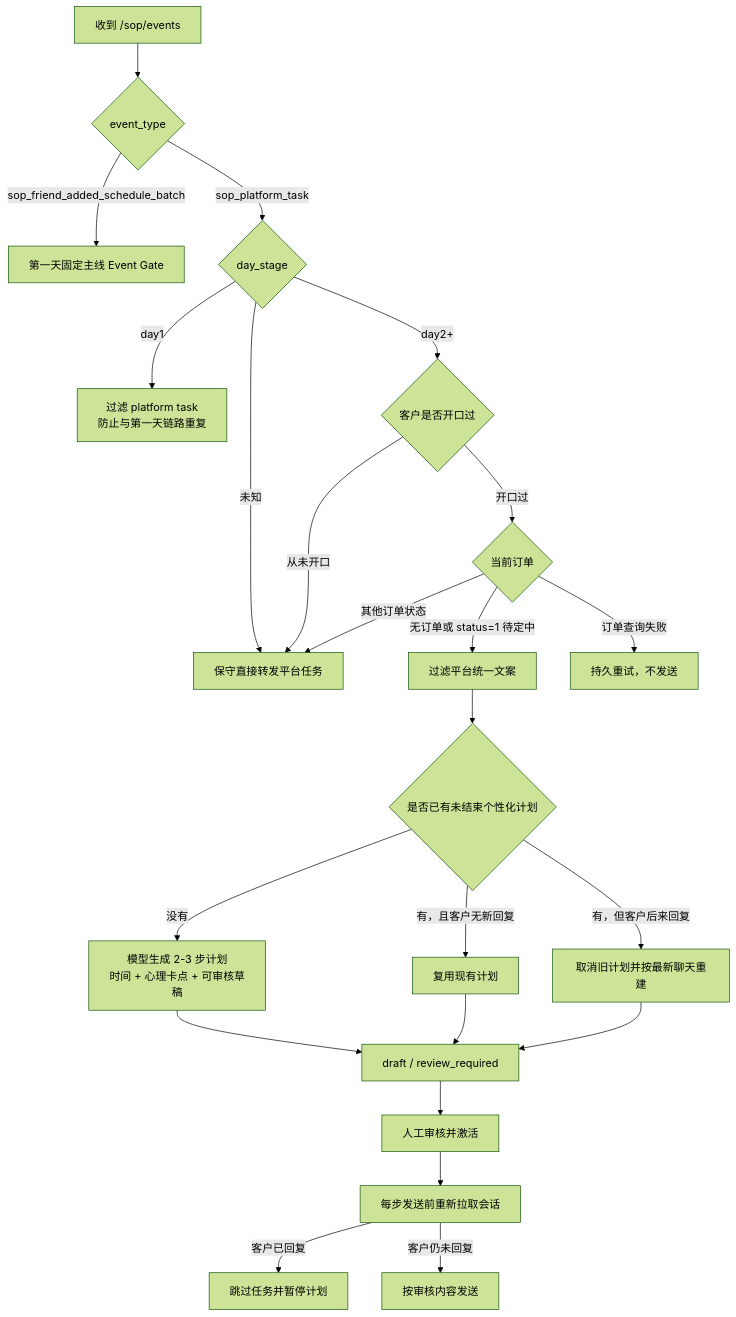
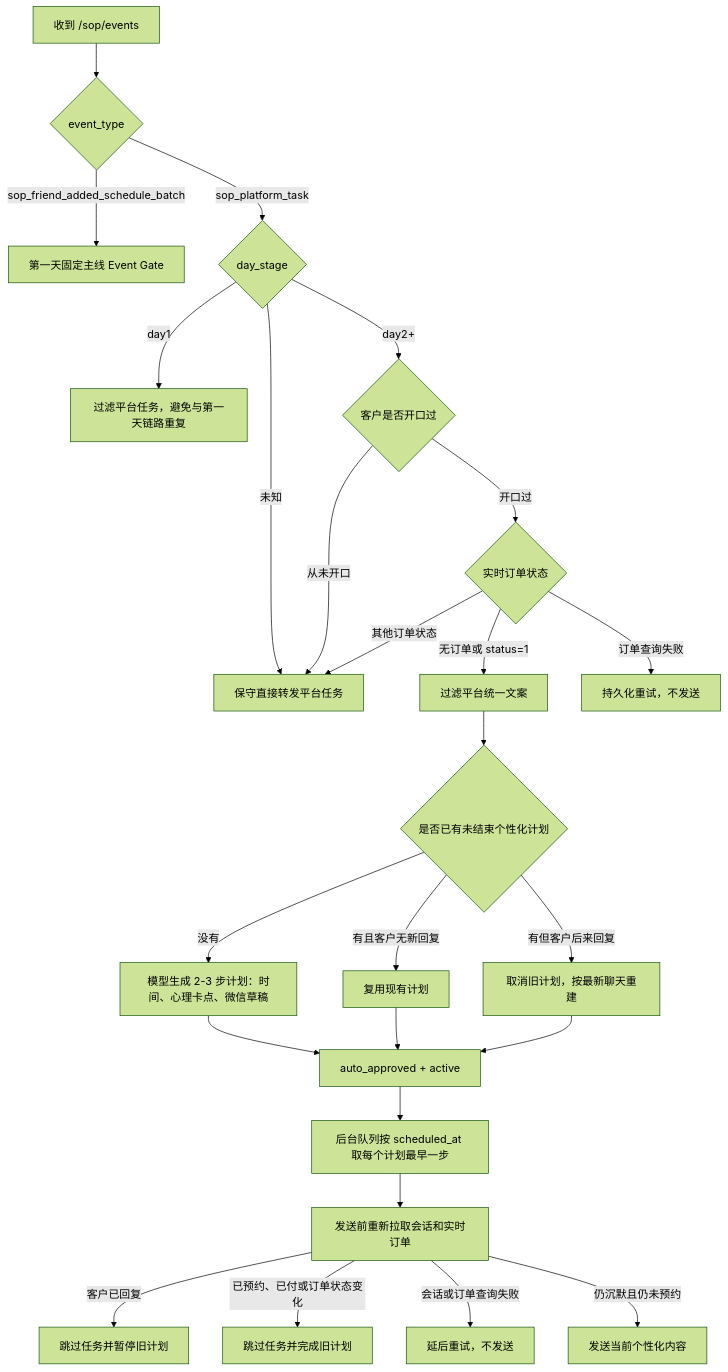
One commit to loxucongue/wework_ai_customer-service changed the diagram in docs/sop_day2_personalized_outreach.md. Above: the diagram before and after it, drawn with Mermaid (forest theme). The commit also changed other lines of this file and 9 other files, not shown here.

````diff
--- a/docs/sop_day2_personalized_outreach.md
+++ b/docs/sop_day2_personalized_outreach.md
@@ -11,25 +16,27 @@
 ```mermaid
 flowchart TD
     A["收到 /sop/events"] --> B{"event_type"}
     B -->|"sop_friend_added_schedule_batch"| C["第一天固定主线 Event Gate"]
     B -->|"sop_platform_task"| D{"day_stage"}
-    D -->|"day1"| E["过滤 platform task\n防止与第一天链路重复"]
+    D -->|"day1"| E["过滤平台任务，避免与第一天链路重复"]
     D -->|"day2+"| F{"客户是否开口过"}
     D -->|"未知"| G["保守直接转发平台任务"]
     F -->|"从未开口"| G
-    F -->|"开口过"| H{"当前订单"}
-    H -->|"无订单或 status=1 待定中"| I["过滤平台统一文案"]
+    F -->|"开口过"| H{"实时订单状态"}
+    H -->|"无订单或 status=1"| I["过滤平台统一文案"]
     H -->|"其他订单状态"| G
-    H -->|"订单查询失败"| J["持久重试，不发送"]
+    H -->|"订单查询失败"| J["持久化重试，不发送"]
     I --> K{"是否已有未结束个性化计划"}
-    K -->|"没有"| L["模型生成 2-3 步计划\n时间 + 心理卡点 + 可审核草稿"]
-    K -->|"有，且客户无新回复"| M["复用现有计划"]
-    K -->|"有，但客户后来回复"| N["取消旧计划并按最新聊天重建"]
-    L --> O["draft / review_required"]
+    K -->|"没有"| L["模型生成 2-3 步计划：时间、心理卡点、微信草稿"]
+    K -->|"有且客户无新回复"| M["复用现有计划"]
+    K -->|"有但客户后来回复"| N["取消旧计划，按最新聊天重建"]
+    L --> O["auto_approved + active"]
     M --> O
     N --> O
-    O --> P["人工审核并激活"]
-    P --> Q["每步发送前重新拉取会话"]
-    Q -->|"客户已回复"| R["跳过任务并暂停计划"]
-    Q -->|"客户仍未回复"| S["按审核内容发送"]
+    O --> P["后台队列按 scheduled_at 取每个计划最早一步"]
+    P --> Q["发送前重新拉取会话和实时订单"]
+    Q -->|"客户已回复"| R["跳过任务并暂停旧计划"]
+    Q -->|"已预约、已付或订单状态变化"| S["跳过任务并完成旧计划"]
+    Q -->|"会话或订单查询失败"| T["延后重试，不发送"]
+    Q -->|"仍沉默且仍未预约"| U["发送当前个性化内容"]
 ```
````
